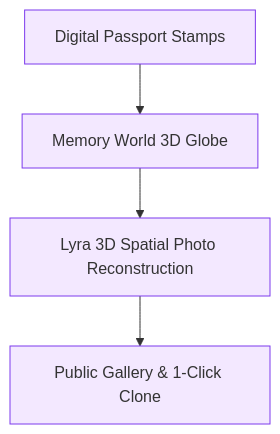
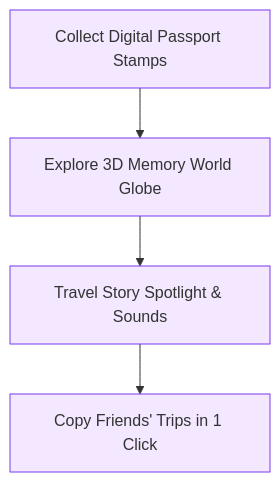
One commit to sharonxinn/Plan_Trip changed diagram 13 of 15 in README.md. Above: the diagram before and after it, drawn with Mermaid. The commit also changed other lines of this file and 21 other files, not shown here.

````diff
--- a/README.md
+++ b/README.md
@@ -636,10 +683,10 @@
 ```mermaid
 graph TD
-    M[Digital Passport Stamps] --> N[Memory World 3D Globe]
-    N --> O[Lyra 3D Spatial Photo Reconstruction]
-    O --> P[Public Gallery & 1-Click Clone]
+    M[Collect Digital Passport Stamps] --> N[Explore 3D Memory World Globe]
+    N --> O[Travel Story Spotlight & Sounds]
+    O --> P[Copy Friends' Trips in 1 Click]
     style M fill:#f3e8ff,stroke:#7c3aed
     style N fill:#f3e8ff,stroke:#7c3aed
     style O fill:#f3e8ff,stroke:#7c3aed
     style P fill:#f3e8ff,stroke:#7c3aed
 ```
````
